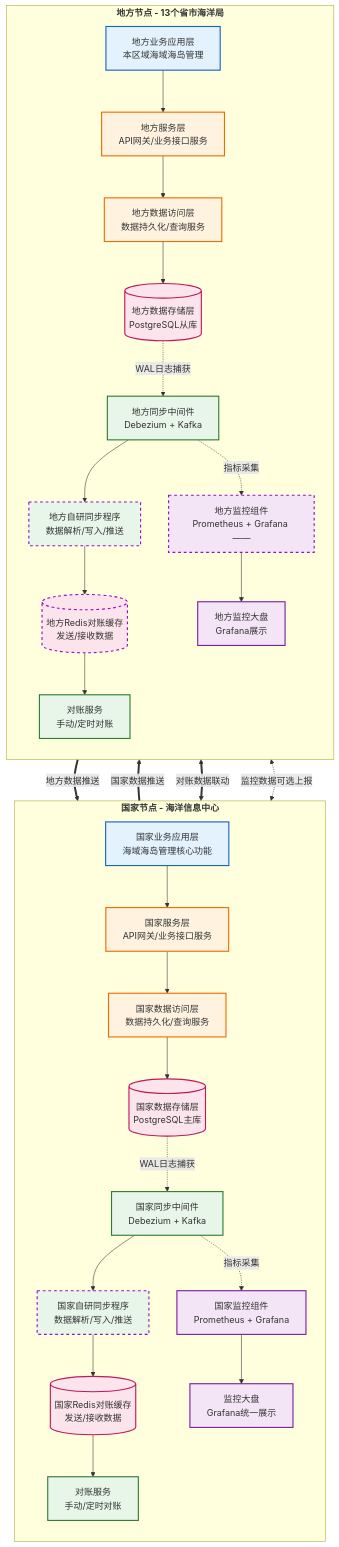
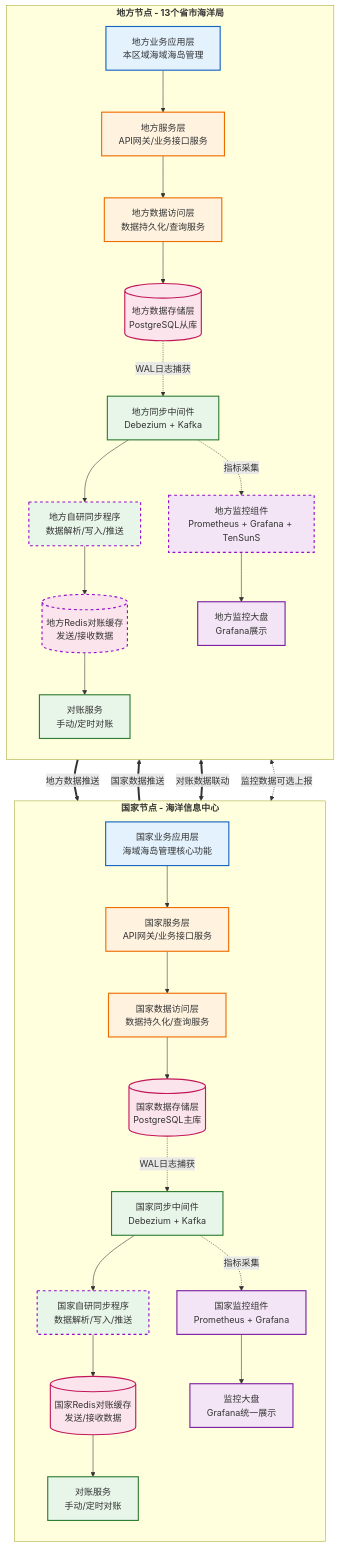
One commit to MyJohn2/iodraw-files changed the diagram in all/未命名-1.md. Above: the diagram before and after it, drawn with Mermaid.

Commit message:
2026-03-03 18:59:35 update

````diff
--- a/all/未命名-1.md
+++ b/all/未命名-1.md
@@ -1,71 +1,71 @@
 ```mermaid
 flowchart TD
     %% 定义样式
     classDef app fill:#e3f2fd,stroke:#1565c0,stroke-width:2px;
     classDef service fill:#fff3e0,stroke:#ef6c00,stroke-width:2px;
     classDef data fill:#fce4ec,stroke:#c2185b,stroke-width:2px;
     classDef sync fill:#e8f5e9,stroke:#2e7d32,stroke-width:2px;
     classDef monitor fill:#f3e5f5,stroke:#7b1fa2,stroke-width:2px;
     classDef linkLine stroke:#950DCD,stroke-width:2px,stroke-dasharray: 5 5;
 
     %% 国家节点 - 修复了标题括号问题
     subgraph NationNode [<B>国家节点 - 海洋信息中心]
         direction TB
         A1[国家业务应用层<br/>海域海岛管理核心功能]:::app
         B1[国家服务层<br/>API网关/业务接口服务]:::service
         C1[国家数据访问层<br/>数据持久化/查询服务]:::service
         D1[(国家数据存储层<br/>PostgreSQL主库)]:::data
         E1[国家同步中间件<br/>Debezium + Kafka]:::sync
         F1[国家自研同步程序<br/>数据解析/写入/推送]:::sync
         G1[(国家Redis对账缓存<br/>发送/接收数据)]:::data
         H1[国家监控组件<br/>Prometheus + Grafana]:::monitor
         I1[对账服务<br/>手动/定时对账]:::sync
         J1[监控大盘<br/>Grafana统一展示]:::monitor
 
         A1 --> B1
         B1 --> C1
         C1 --> D1
         D1 -.->|WAL日志捕获 | E1
         E1 --> F1
         F1 --> G1
         E1 -.->|指标采集 | H1
         G1 --> I1
         H1 --> J1
     end
     
     %% 地方节点 - 修复了标题括号问题
     subgraph LocalNode [<B>地方节点 - 13个省市海洋局]
         direction TB
         A2[地方业务应用层<br/>本区域海域海岛管理]:::app
         B2[地方服务层<br/>API网关/业务接口服务]:::service
         C2[地方数据访问层<br/>数据持久化/查询服务]:::service
         D2[(地方数据存储层<br/>PostgreSQL从库)]:::data
         E2[地方同步中间件<br/>Debezium + Kafka]:::sync
         F2[地方自研同步程序<br/>数据解析/写入/推送]:::sync
         G2[(地方Redis对账缓存<br/>发送/接收数据)]:::data
-        H2[地方监控组件<br/>Prometheus + Grafana ——]:::monitor
+        H2[地方监控组件<br/>Prometheus + Grafana + TenSunS]:::monitor
         I2[对账服务<br/>手动/定时对账]:::sync
         J2[地方监控大盘<br/>Grafana展示]:::monitor
 
         A2 --> B2
         B2 --> C2
         C2 --> D2
         D2 -.->|WAL日志捕获 | E2
         E2 --> F2
         F2 --> G2
         E2 -.->|指标采集 | H2
         G2 --> I2
         H2 --> J2
     end
     
     %% 跨节点交互
     E2 ==>|地方数据推送 | F1:::linkLine
     E1 ==>|国家数据推送 | F2:::linkLine
     G1 <==>|对账数据联动 | G2:::linkLine
     H1 <-.->|监控数据可选上报 | H2:::linkLine
     
 
 
 
 
 ```
````
